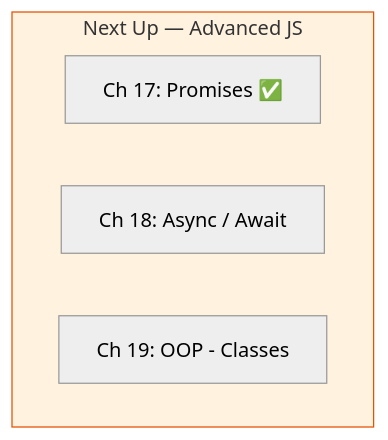
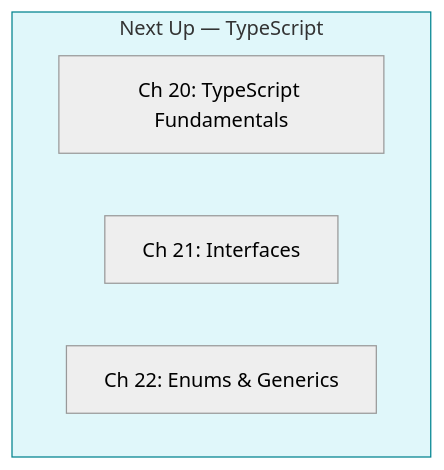
One commit to azherkhan0215-qa/LearnPlayWrightBatch2X changed diagram 31 of 33 in README.md. Above: the diagram before and after it, drawn with Mermaid (neutral theme). The commit also changed other lines of this file and 18 other files, not shown here.

First line of the commit message:
Add Chapters 17–19: Promises, Async/Await, Playwright Basics

````diff
--- a/README.md
+++ b/README.md
@@ -1769,10 +1922,10 @@
 ```mermaid
 graph TD
-    subgraph next["Next Up — Advanced JS"]
-        N1["Ch 17: Promises ✅"]
-        N2["Ch 18: Async / Await"]
-        N3["Ch 19: OOP - Classes"]
+    subgraph next["Next Up — TypeScript"]
+        N1["Ch 20: TypeScript Fundamentals"]
+        N2["Ch 21: Interfaces"]
+        N3["Ch 22: Enums & Generics"]
     end
 
-    style next fill:#fff3e0,stroke:#e65100
+    style next fill:#e0f7fa,stroke:#00838f
 ```
````
